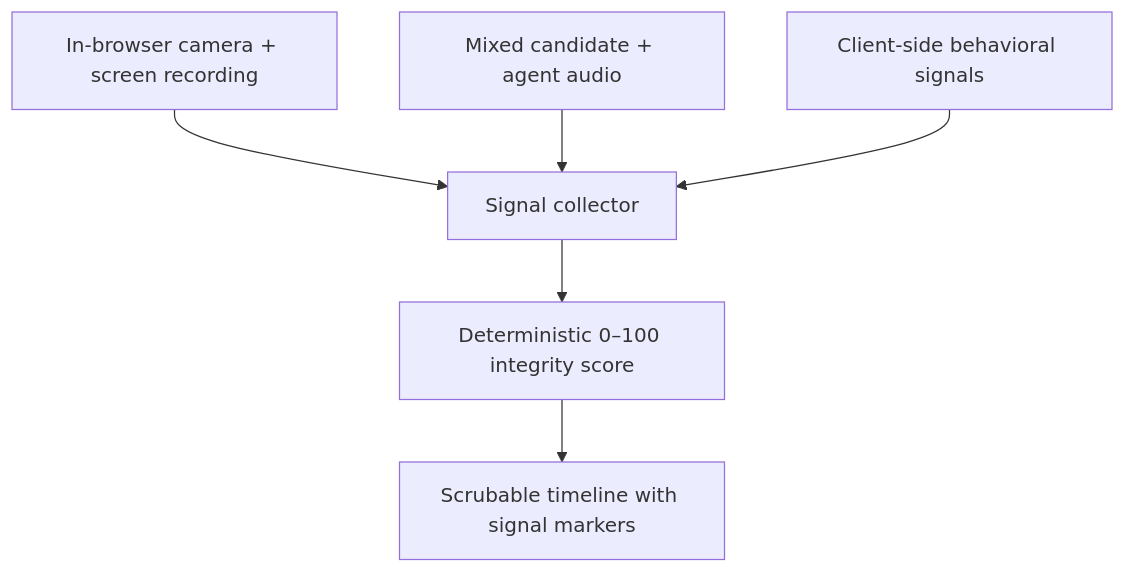
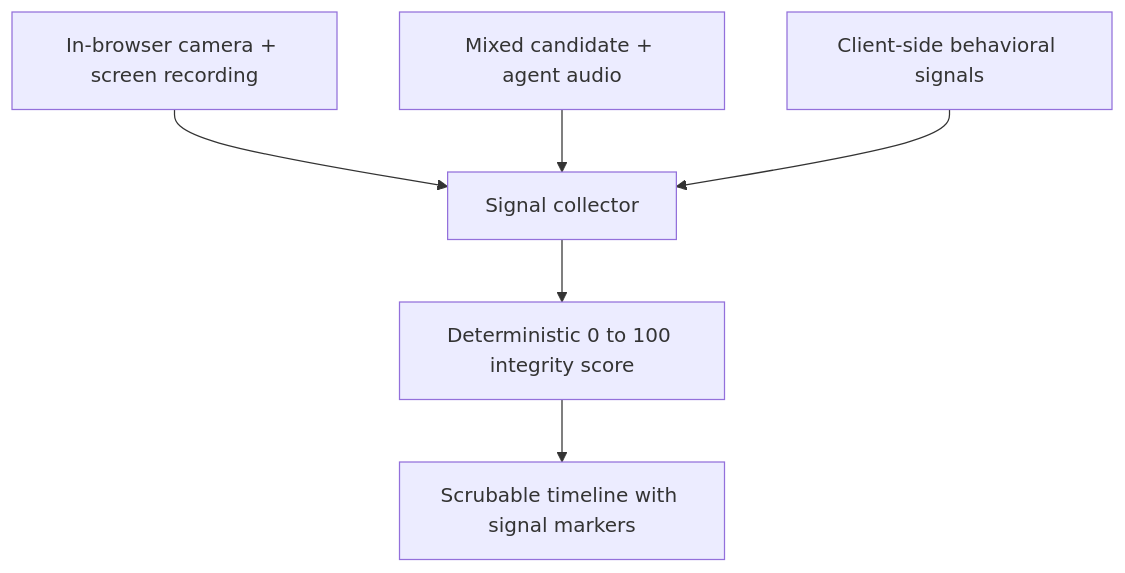
Before and after one commit to junaiid-khattak/portfolio-agent: the second of 2 diagrams in content/case-studies/nayld-hire.mdx, drawn with Mermaid. The commit also changed other lines of this file and 25 other files, not shown here.

````diff
--- a/content/case-studies/nayld-hire.mdx
+++ b/content/case-studies/nayld-hire.mdx
@@ -48,8 +48,8 @@
 ```mermaid
 flowchart TD
   CAM["In-browser camera + screen recording"] --> SIG
   AUD["Mixed candidate + agent audio"] --> SIG
   BEH["Client-side behavioral signals"] --> SIG[Signal collector]
-  SIG --> SCORE["Deterministic 0–100 integrity score"]
+  SIG --> SCORE["Deterministic 0 to 100 integrity score"]
   SCORE --> TL["Scrubable timeline with signal markers"]
 ```
````
